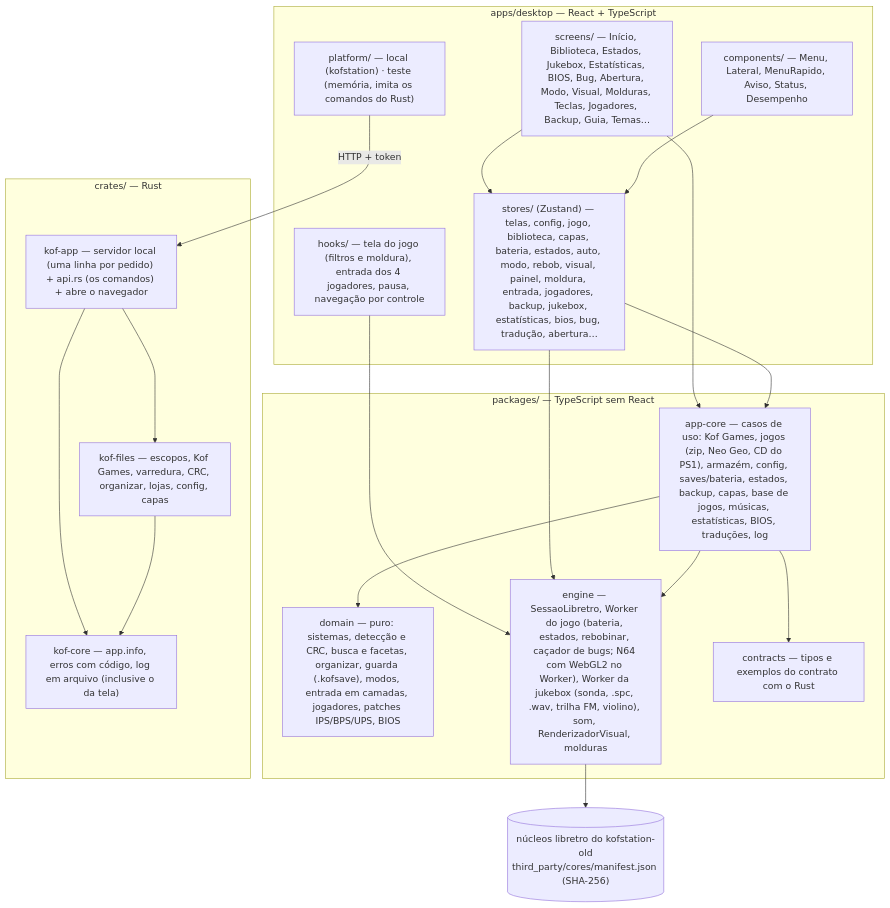
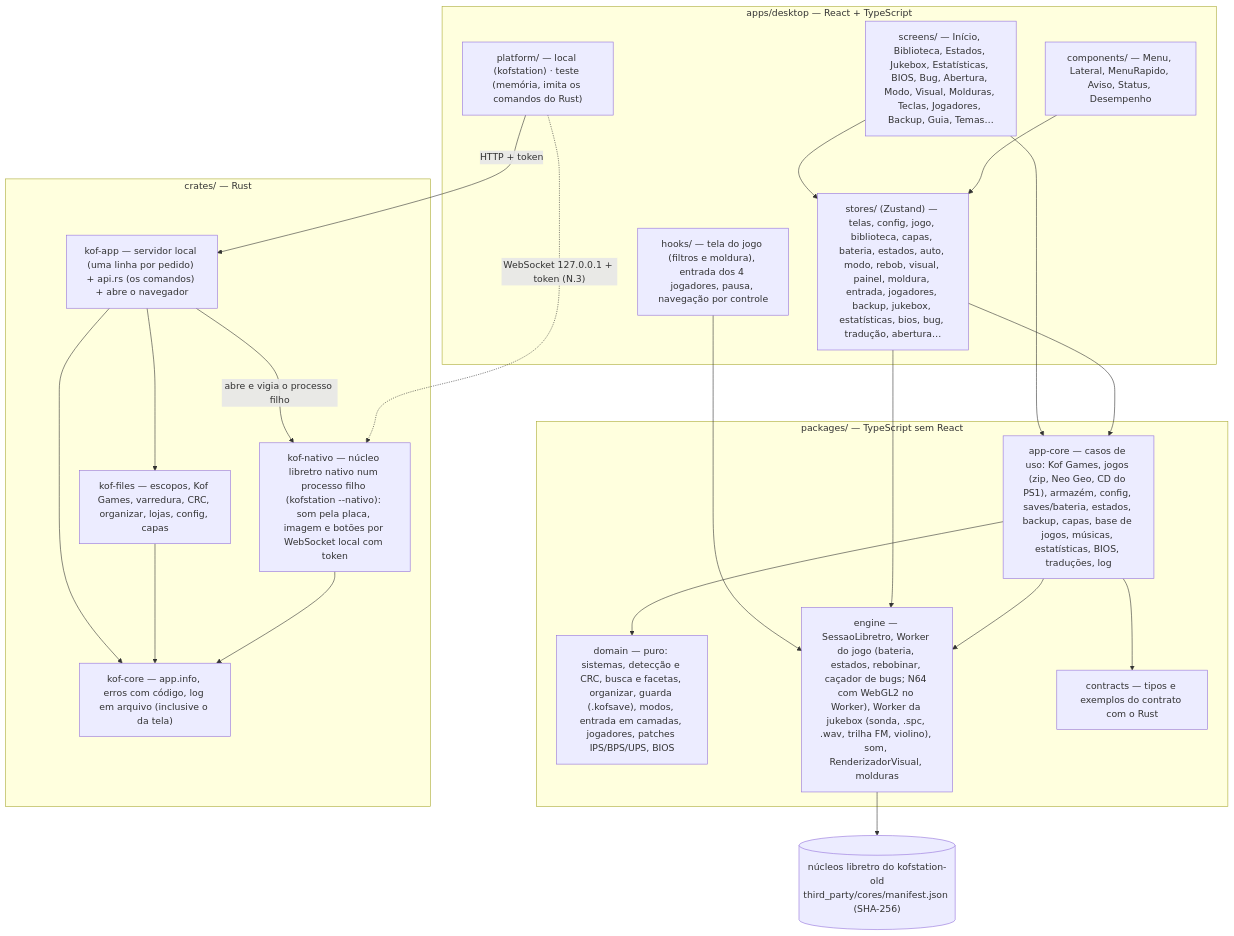
Before and after one commit to Marcelao98/KOFstation: the second of 3 diagrams in README.md, drawn with Mermaid. The commit also changed other lines of this file and 33 other files, not shown here.

First line of the commit message:
M11b N.1: núcleo libretro nativo num processo filho (kof-nativo)

````diff
--- a/README.md
+++ b/README.md
@@ -46,37 +46,41 @@
 ```mermaid
 flowchart TB
   subgraph DESK["apps/desktop — React + TypeScript"]
     SC["screens/ — Início, Biblioteca, Estados, Jukebox, Estatísticas, BIOS, Bug, Abertura, Modo, Visual, Molduras, Teclas, Jogadores, Backup, Guia, Temas…"]
     CO["components/ — Menu, Lateral, MenuRapido, Aviso, Status, Desempenho"]
     HK["hooks/ — tela do jogo (filtros e moldura), entrada dos 4 jogadores, pausa, navegação por controle"]
     ST["stores/ (Zustand) — telas, config, jogo, biblioteca, capas, bateria, estados, auto, modo, rebob, visual, painel, moldura, entrada, jogadores, backup, jukebox, estatísticas, bios, bug, tradução, abertura…"]
     PL["platform/ — local (kofstation) · teste (memória, imita os comandos do Rust)"]
   end
   subgraph PKG["packages/ — TypeScript sem React"]
     AC["app-core — casos de uso: Kof Games, jogos (zip, Neo Geo, CD do PS1), armazém, config, saves/bateria, estados, backup, capas, base de jogos, músicas, estatísticas, BIOS, traduções, log"]
     DO["domain — puro: sistemas, detecção e CRC, busca e facetas, organizar, guarda (.kofsave), modos, entrada em camadas, jogadores, patches IPS/BPS/UPS, BIOS"]
     EN["engine — SessaoLibretro, Worker do jogo (bateria, estados, rebobinar, caçador de bugs; N64 com WebGL2 no Worker), Worker da jukebox (sonda, .spc, .wav, trilha FM, violino), som, RenderizadorVisual, molduras"]
     CT["contracts — tipos e exemplos do contrato com o Rust"]
   end
   subgraph RS["crates/ — Rust"]
     KA["kof-app — servidor local (uma linha por pedido) + api.rs (os comandos) + abre o navegador"]
     KF["kof-files — escopos, Kof Games, varredura, CRC, organizar, lojas, config, capas"]
     KC["kof-core — app.info, erros com código, log em arquivo (inclusive o da tela)"]
+    KN["kof-nativo — núcleo libretro nativo num processo filho (kofstation --nativo): som pela placa, imagem e botões por WebSocket local com token"]
   end
   NU[("núcleos libretro do kofstation-old<br/>third_party/cores/manifest.json (SHA-256)")]
 
   SC --> AC
   SC --> ST
   CO --> ST
   HK --> EN
   ST --> AC
   ST --> EN
   AC --> DO
   AC --> EN
   AC --> CT
   PL -->|"HTTP + token"| KA
   KA --> KF
   KA --> KC
   KF --> KC
+  KA -->|"abre e vigia o processo filho"| KN
+  KN --> KC
+  PL -.->|"WebSocket 127.0.0.1 + token (N.3)"| KN
   EN --> NU
 ```
````
